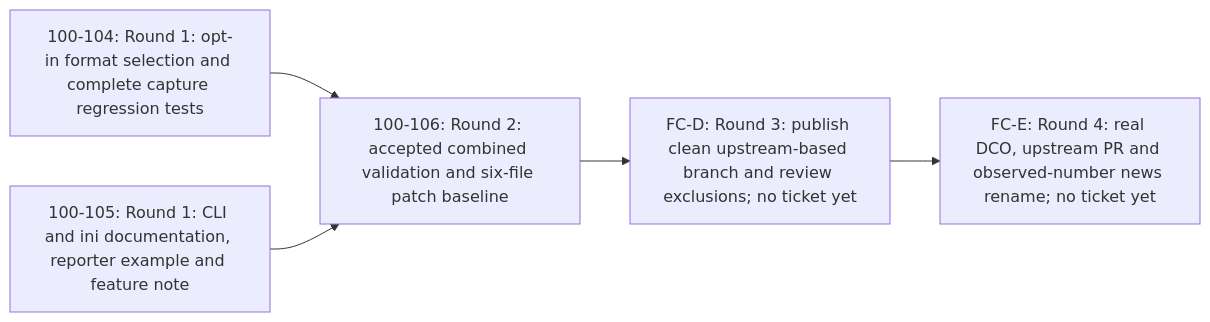
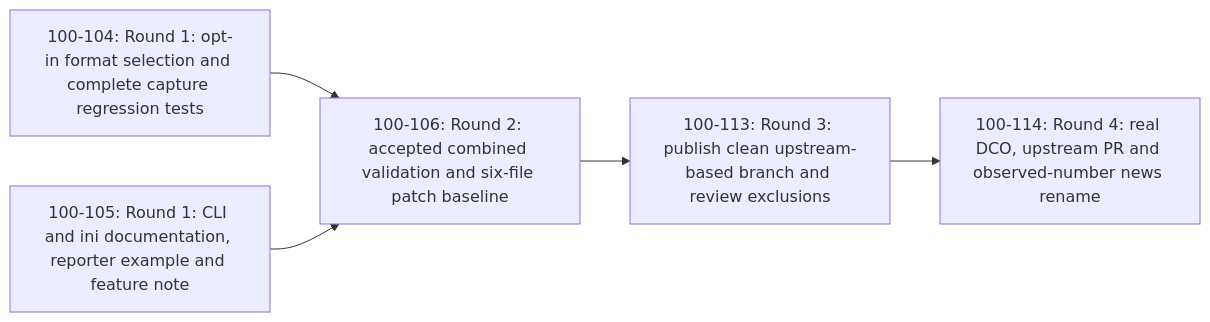
Before and after one commit to jeremycarroll/pytest-memray: the diagram in docs/symphony-plans/fan-out-plan-100-102-full-captures.mmd, drawn with Mermaid. The commit also changed 2 other files, not shown here.

Commit message:
[100-108]: record accepted delivery ticket fan-out

```diff
--- a/docs/symphony-plans/fan-out-plan-100-102-full-captures.mmd
+++ b/docs/symphony-plans/fan-out-plan-100-102-full-captures.mmd
@@ -1,11 +1,11 @@
 %% symphony-dag/v1
 flowchart LR
   FC_A["100-104: Round 1: opt-in format selection and complete capture regression tests"]
   FC_B["100-105: Round 1: CLI and ini documentation, reporter example and feature note"]
   FC_C["100-106: Round 2: accepted combined validation and six-file patch baseline"]
-  FC_D["FC-D: Round 3: publish clean upstream-based branch and review exclusions; no ticket yet"]
-  FC_E["FC-E: Round 4: real DCO, upstream PR and observed-number news rename; no ticket yet"]
+  FC_D["100-113: Round 3: publish clean upstream-based branch and review exclusions"]
+  FC_E["100-114: Round 4: real DCO, upstream PR and observed-number news rename"]
   FC_A --> FC_C
   FC_B --> FC_C
   FC_C --> FC_D
   FC_D --> FC_E
```
